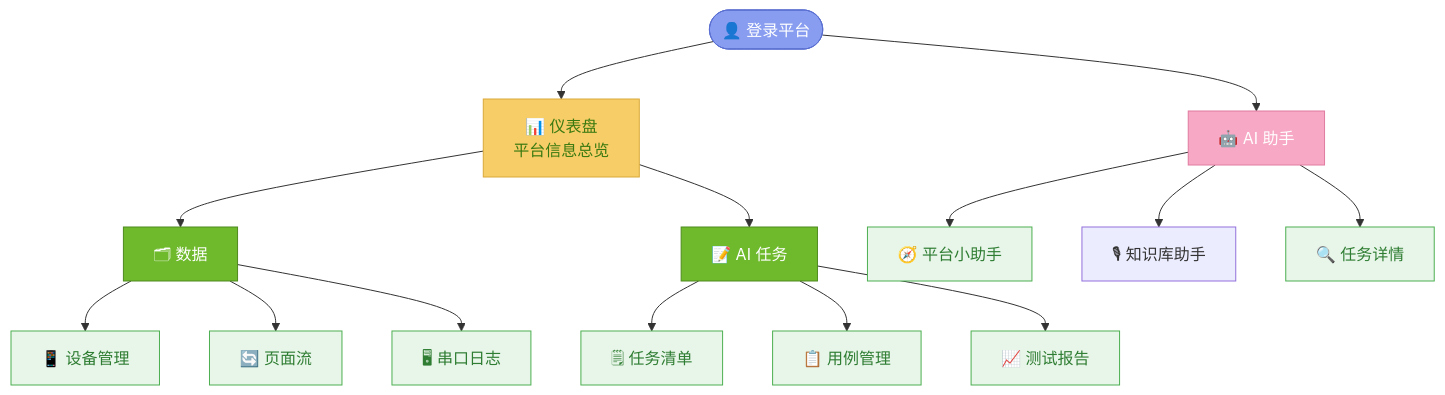
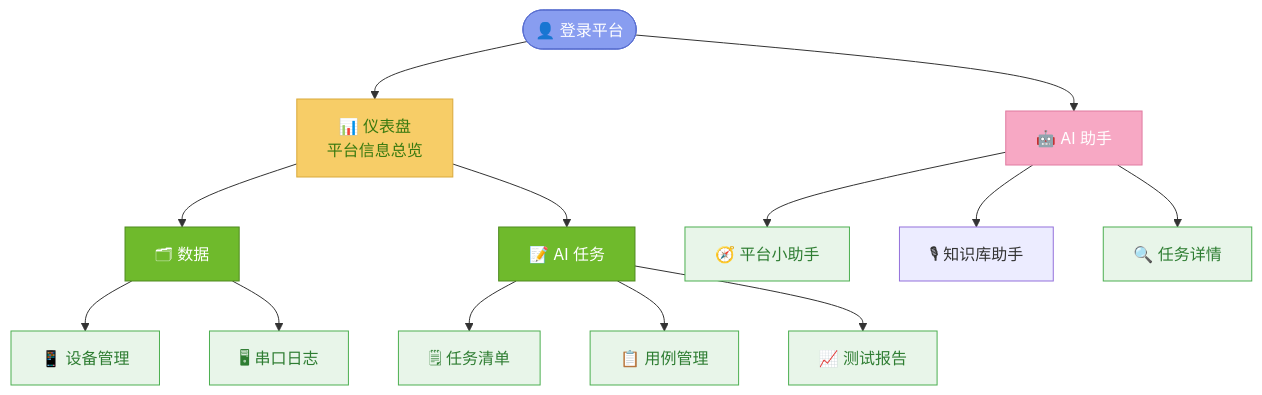
The first of 3 diagrams in dev_docs/ARCH_PRD/PRD-平台总需求.md (Kahoku-lazy/Android-AutoTests), drawn with Mermaid before and after one commit. The commit also changed other lines of this file and 113 other files, not shown here.

````diff
--- a/dev_docs/ARCH_PRD/PRD-平台总需求.md
+++ b/dev_docs/ARCH_PRD/PRD-平台总需求.md
@@ -79,31 +79,30 @@
 ```mermaid
 flowchart TD
     A(["👤 登录平台"]) --> B["📊 仪表盘<br/>平台信息总览"]
     A --> AI["🤖 AI 助手"]
 
     B --> DATA["🗂 数据"]
     B --> TASK["📝 AI 任务"]
 
     DATA --> DP["📱 设备管理"]
-    DATA --> WF["🔄 页面流"]
     DATA --> SL["🖥 串口日志"]
 
     TASK --> TL["🗒 任务清单"]
     TASK --> CM["📋 用例管理"]
     TASK --> RG["📈 测试报告"]
 
     AI --> PA["🧭 平台小助手"]
     AI --> KBA["🎙 知识库助手"]
     AI --> TD["🔍 任务详情"]
 
     classDef entry fill:#889df0,color:#fff,stroke:#5a6fd0;
     classDef hub fill:#f7cd67,color:#3a7a10,stroke:#d9a93a;
     classDef group fill:#6fba2c,color:#fff,stroke:#4e8a1f;
     classDef leaf fill:#e8f5e9,color:#2e7d32,stroke:#4caf50;
     classDef ai fill:#f7a8c4,color:#fff,stroke:#e07ba0;
     class A entry;
     class B hub;
     class DATA,TASK group;
     class DP,WF,SL,TL,CM,RG,PA,TD leaf;
     class AI ai;
 ```
````
